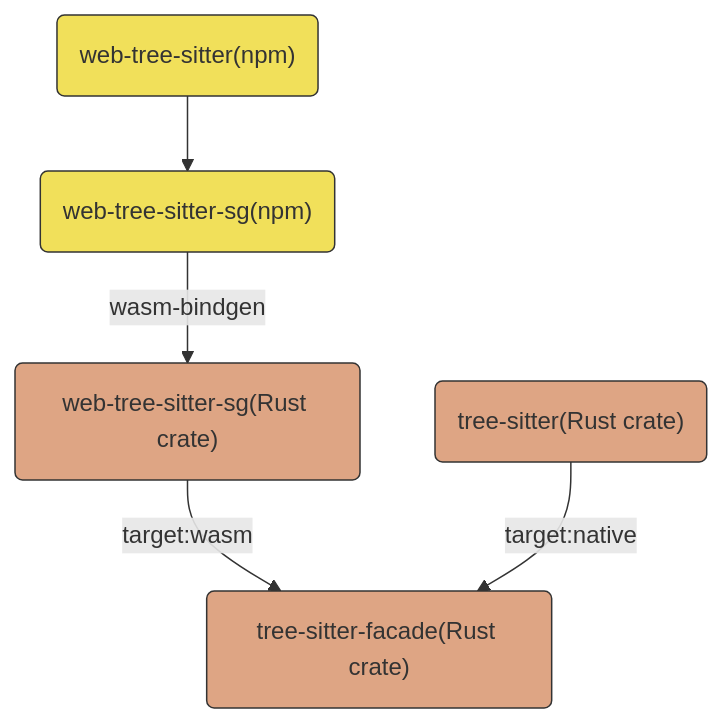
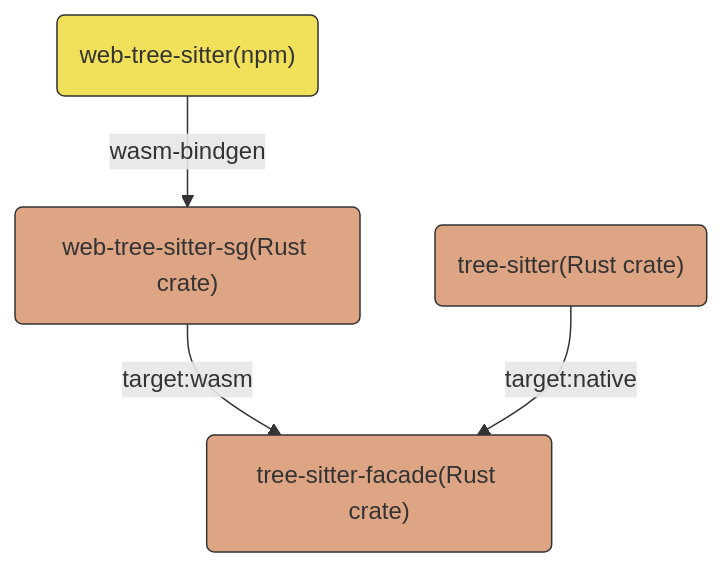
Before and after one commit to ast-grep/tree-sitter-wasm: the diagram in README.md, drawn with Mermaid.

Commit message:
fix: update arch graph

````diff
--- a/README.md
+++ b/README.md
@@ -7,16 +7,14 @@
 ```mermaid
 graph TD;
-web_ts_npm("web-tree-sitter(npm)") --> web_ts_sg_npm("web-tree-sitter-sg(npm)")
-web_ts_sg_npm -->|wasm-bindgen| web_ts_sg_crate("web-tree-sitter-sg(Rust crate)")
+web_ts_npm("web-tree-sitter(npm)") -->|wasm-bindgen| web_ts_sg_crate("web-tree-sitter-sg(Rust crate)")
 web_ts_sg_crate -->|target:wasm| ts_facade_crate("tree-sitter-facade(Rust crate)")
 ts_crate("tree-sitter(Rust crate)") -->|target:native| ts_facade_crate
 
 classDef crate fill:#dea584,stroke:#333;
 classDef npm fill:#f1e05a,stroke:#333;
 
 class web_ts_npm npm;
-class web_ts_sg_npm npm;
 class web_ts_sg_crate crate;
 class ts_facade_crate crate;
 class ts_crate crate;
 ```
````
